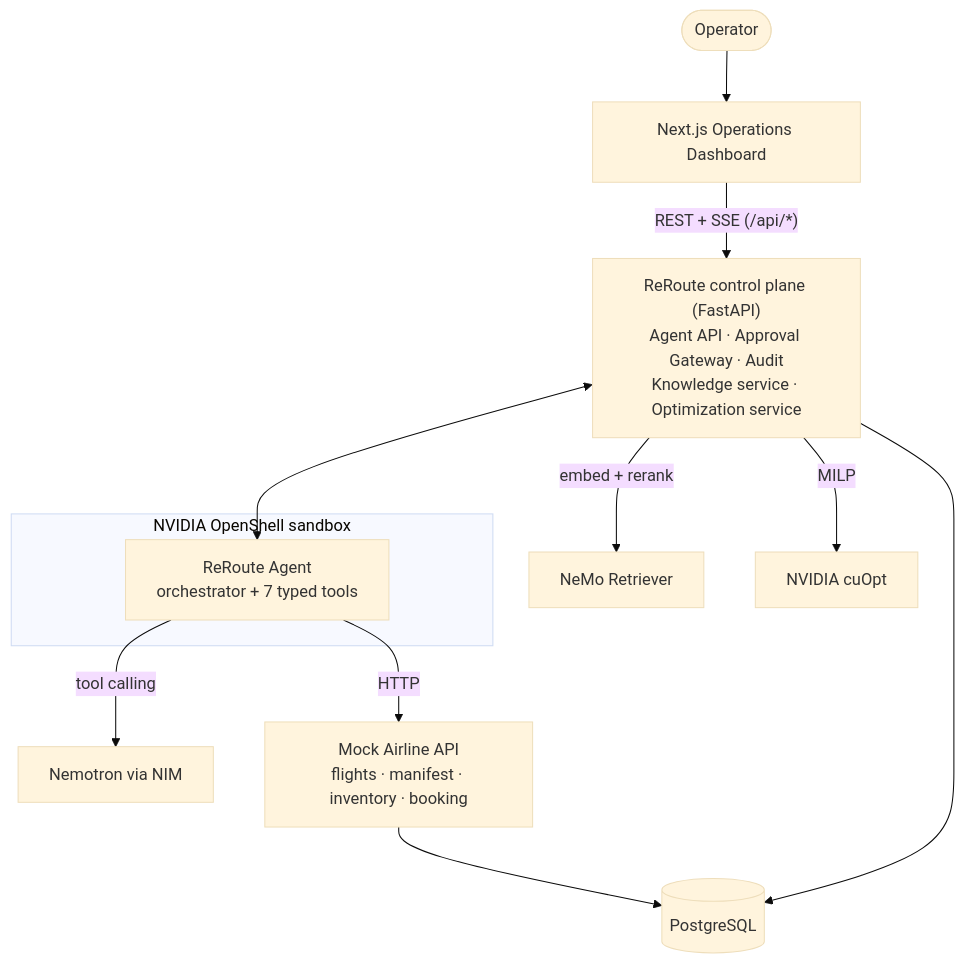
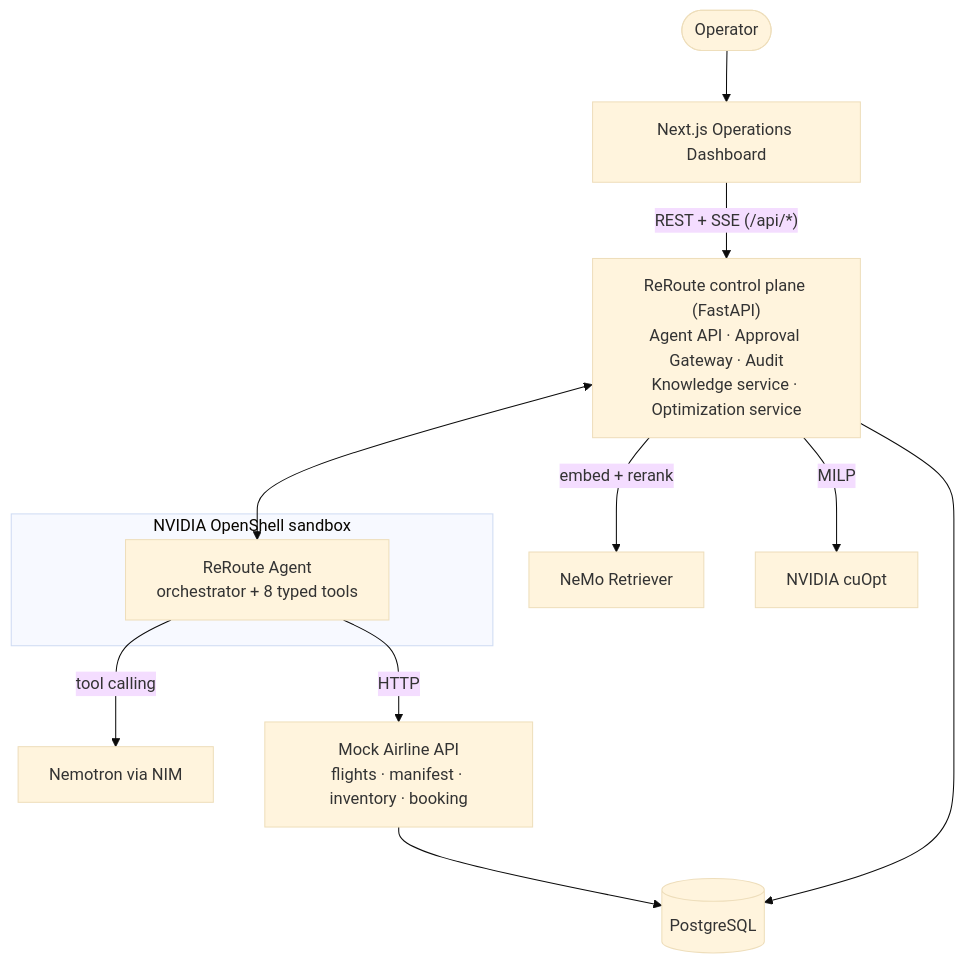
One commit to hyunolike/reroute-irops-agent changed the second of 5 diagrams in README.en.md. Above: the diagram before and after it, drawn with Mermaid (base theme). The commit also changed other lines of this file and 66 other files, not shown here.

Commit message:
LLM 중심 에이전트 + NemoClaw/OpenClaw MCP 연동 + 에이전트 구조 다이어그램 (#2)

````diff
--- a/README.en.md
+++ b/README.en.md
@@ -107,15 +108,15 @@
 ```mermaid
 flowchart TB
     op([Operator]) --> web["Next.js Operations Dashboard"]
     web -- "REST + SSE (/api/*)" --> cp["ReRoute control plane (FastAPI)<br/>Agent API · Approval Gateway · Audit<br/>Knowledge service · Optimization service"]
     subgraph sandbox["NVIDIA OpenShell sandbox"]
-        agent["ReRoute Agent<br/>orchestrator + 7 typed tools"]
+        agent["ReRoute Agent<br/>orchestrator + 8 typed tools"]
     end
     cp <--> agent
     agent -- "tool calling" --> nim["Nemotron via NIM"]
     agent -- HTTP --> airline["Mock Airline API<br/>flights · manifest · inventory · booking"]
     cp -- "embed + rerank" --> ret["NeMo Retriever"]
     cp -- MILP --> cuopt["NVIDIA cuOpt"]
     cp --> db[(PostgreSQL)]
     airline --> db
 ```
````
